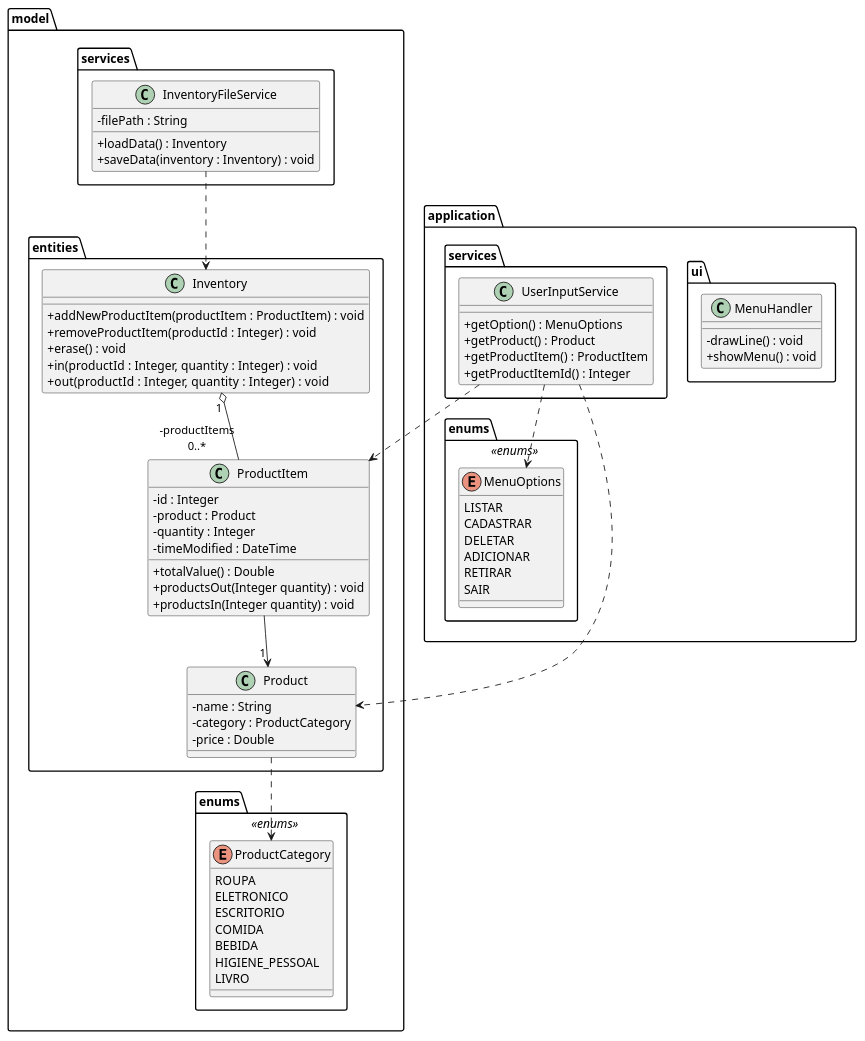
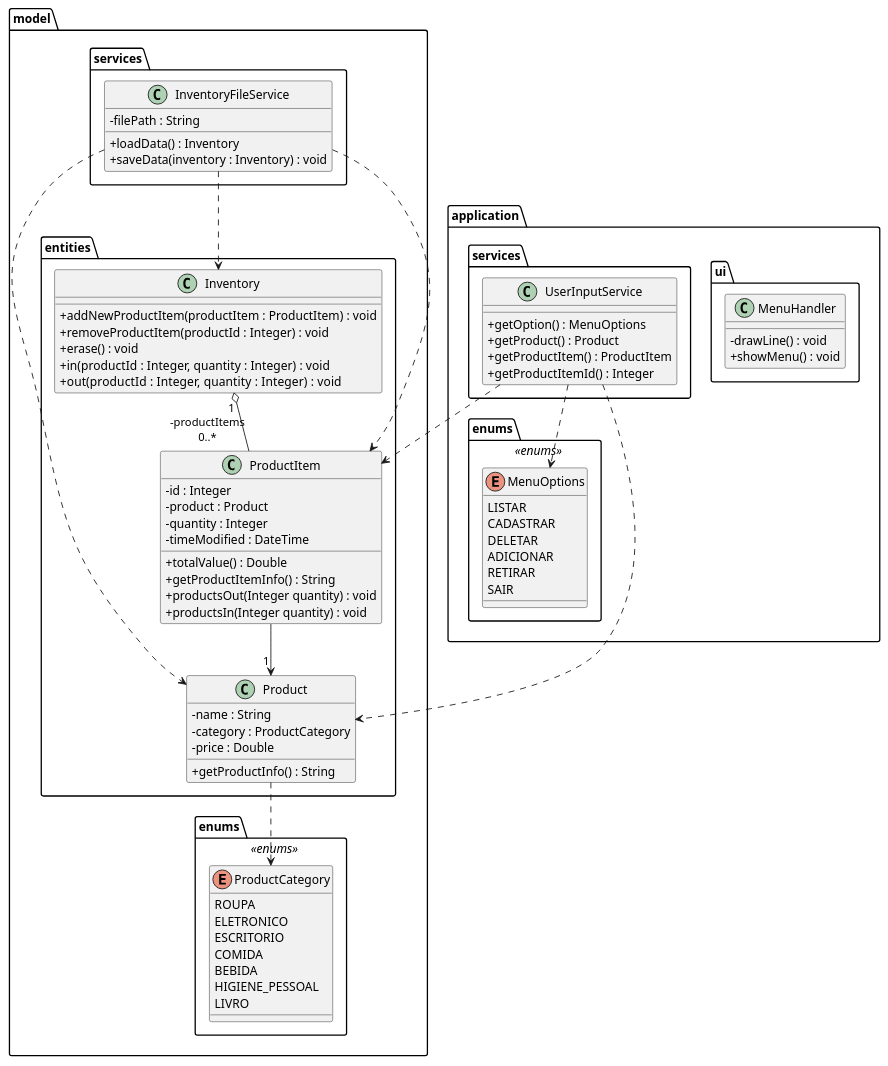
The diagram in java-crud-console-umlclass.puml (victormmcouto/java-crud-console), drawn with PlantUML before and after one commit.

Commit message:
feat: Adiciona dois métodos novos, um em Product e outro em ProductItem
Ambos cumprem o papel do toString e deixa este como método para escrever os dados dos objetos no arquivo .csv

refactor: Adiciona novas relações de dependência entre a classe de serviço de arquivo do inventório e

as classes Product e ProductItem

```diff
--- a/java-crud-console-umlclass.puml
+++ b/java-crud-console-umlclass.puml
@@ -1,81 +1,85 @@
 @startuml
 skinparam classAttributeIconSize 0
 package model {
   package entities {
     class Product {
       - name : String
       - category : ProductCategory
       - price : Double
+      + getProductInfo() : String
     }
     class Inventory {
       + addNewProductItem(productItem : ProductItem) : void
       + removeProductItem(productId : Integer) : void
       + erase() : void
       + in(productId : Integer, quantity : Integer) : void
       + out(productId : Integer, quantity : Integer) :  void
     }
     class ProductItem {
       - id : Integer
       - product : Product
       - quantity : Integer
       - timeModified : DateTime
       + totalValue() : Double
+      + getProductItemInfo() : String
       + productsOut(Integer quantity) : void
       + productsIn(Integer quantity) : void
     }
   }
   package services {
       class InventoryFileService {
       - filePath : String
       + loadData() : Inventory
       + saveData(inventory : Inventory) : void
     }
   }
   package enums <<enums>> {
     enum ProductCategory {
       ROUPA
       ELETRONICO
       ESCRITORIO
       COMIDA
       BEBIDA
       HIGIENE_PESSOAL
       LIVRO
     }
   }
 }
 
 package application {
   package application.ui {
     class MenuHandler {
     - drawLine() : void
     + showMenu() : void
     }
   }
   package enums <<enums>> {
     enum MenuOptions {
       LISTAR
       CADASTRAR
       DELETAR
       ADICIONAR
       RETIRAR
       SAIR
     }
   }
   package services {
     class UserInputService {
       + getOption() : MenuOptions
       + getProduct() : Product
       + getProductItem() : ProductItem
       + getProductItemId() : Integer
     }
   }
 }
 
 ProductItem --> "\t1" Product
 Inventory "\t1" o-- "-productItems\n0..*" ProductItem
 InventoryFileService ..> Inventory
+InventoryFileService ..> Product
+InventoryFileService ..> ProductItem
 Product ..> ProductCategory
 UserInputService ..> MenuOptions
 UserInputService ..> Product
 UserInputService ..> ProductItem
 @enduml
```
